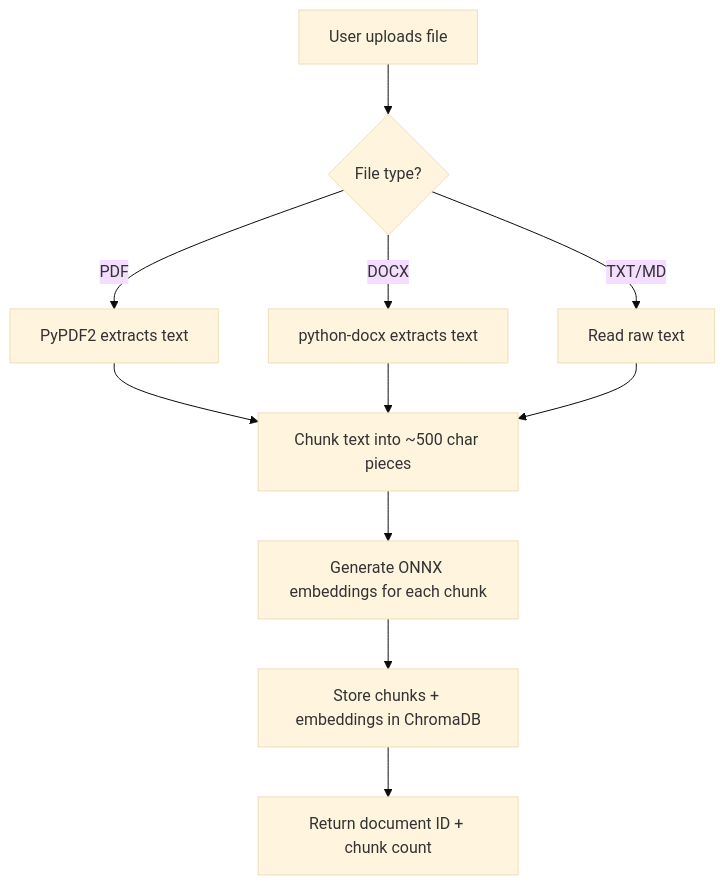
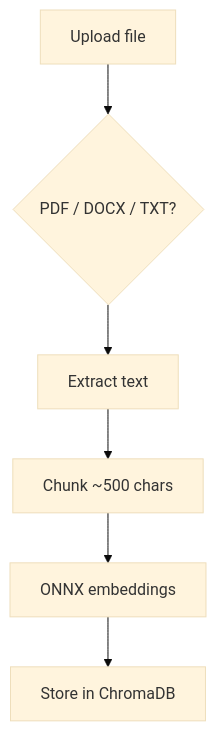
The second of 4 diagrams in README.md (prthmmkhija1/RAGsystem), drawn with Mermaid (base theme) before and after one commit. The commit also changed other lines of this file and 1 other file, not shown here.

Commit message:
Improve README diagrams (compact flowcharts), remove .gitignore from repo

````diff
--- a/README.md
+++ b/README.md
@@ -34,13 +29,8 @@
 ```mermaid
 flowchart TD
-    A[User uploads file] --> B{File type?}
-    B -->|PDF| C[PyPDF2 extracts text]
-    B -->|DOCX| D[python-docx extracts text]
-    B -->|TXT/MD| E[Read raw text]
-    C --> F[Chunk text into ~500 char pieces]
-    D --> F
-    E --> F
-    F --> G[Generate ONNX embeddings for each chunk]
-    G --> H[Store chunks + embeddings in ChromaDB]
-    H --> I[Return document ID + chunk count]
+    A[Upload file] --> B{PDF / DOCX / TXT?}
+    B --> C[Extract text]
+    C --> D[Chunk ~500 chars]
+    D --> E[ONNX embeddings]
+    E --> F[Store in ChromaDB]
 ```
````
